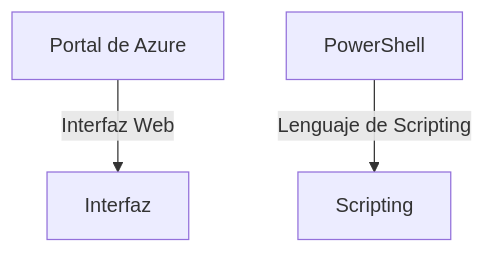
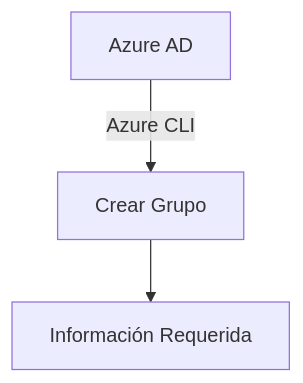
One commit to fedesantamarina/az-104 changed the fourth of 6 diagrams in Crear Usuarios y Grupos en Azure AD.md. Above: the diagram before and after it, drawn with Mermaid. The commit also changed other lines of this file, not shown here.

````diff
--- a/Crear Usuarios y Grupos en Azure AD.md
+++ b/Crear Usuarios y Grupos en Azure AD.md
@@ -88,5 +60,5 @@
 ```mermaid
-graph TD;
-  A3[Portal de Azure] -->|Interfaz Web| A4[Interfaz]
-  B3[PowerShell] -->|Lenguaje de Scripting| B4[Scripting]
+graph TD
+  A[Azure AD] -->|Azure CLI| B[Crear Grupo]
+  B --> C[Información Requerida]
 ```
````
